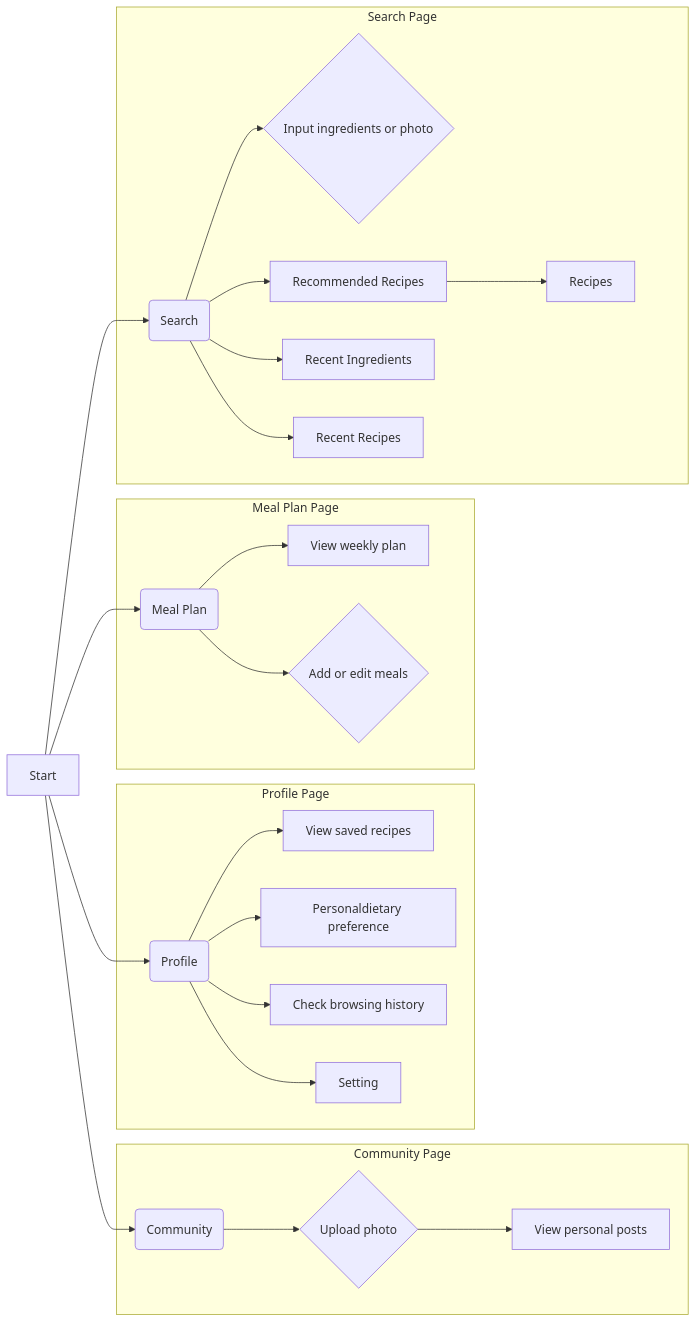
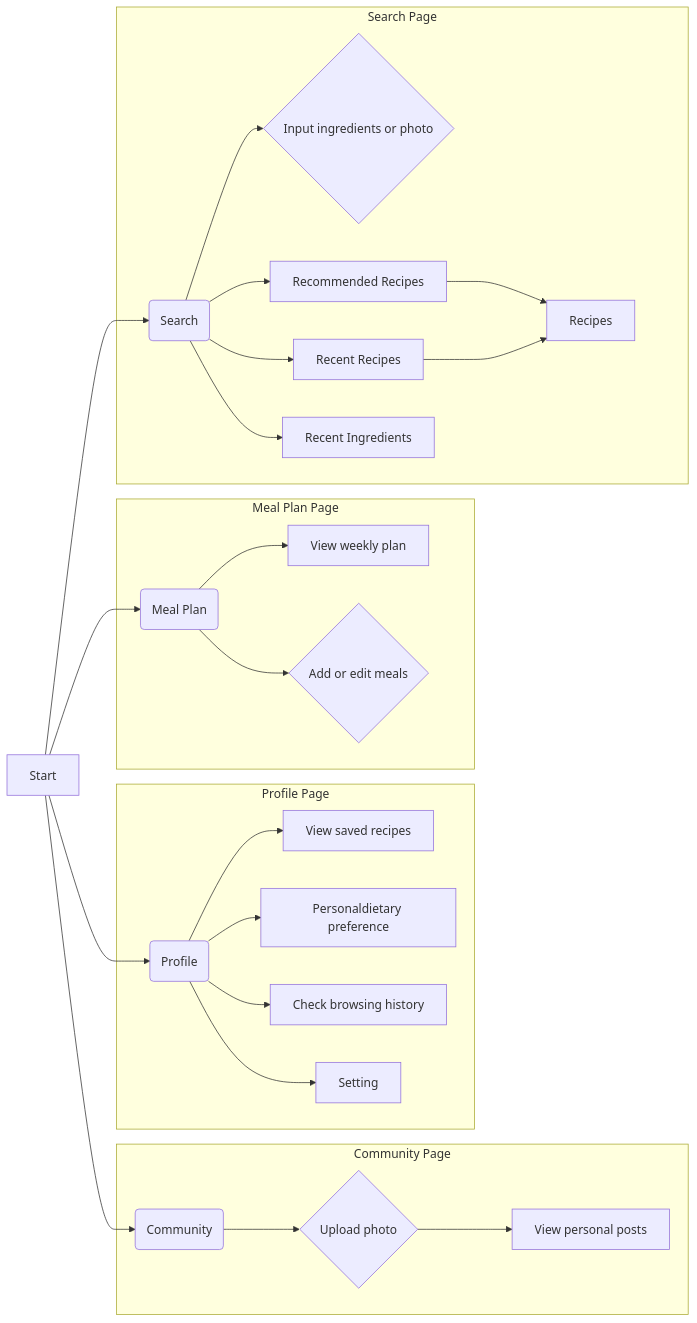
Before and after one commit to seven8301/iodraw-files: the diagram in all/未命名-2.md, drawn with Mermaid.

Commit message:
2025-04-09 20:36:52 update

````diff
--- a/all/未命名-2.md
+++ b/all/未命名-2.md
@@ -1,32 +1,34 @@
 ```mermaid
 graph LR
     A[Start] --> B(Search);
     A --> C(Community);
     A --> D(Meal Plan);
     A --> E(Profile);
 
     
     subgraph "Profile Page"
         E --> L[View saved recipes];
         E --> Q[Personaldietary preference];
         E --> M[Check browsing history];
         E --> P[Setting];
 
         
     end
       subgraph "Meal Plan Page"
         D --> J[View weekly plan];
         D --> K{Add or edit meals};
     end
      subgraph "Community Page"
         C --> H{Upload photo};
         H --> I[View personal posts];
     end
     subgraph "Search Page"
         B --> F{Input ingredients or photo};
         B --> G[Recommended Recipes];
         G --> R[Recipes];
+        O --> R[Recipes];
+        
         B --> N[Recent Ingredients];
         B --> O[Recent Recipes];
     end
 ```
````
